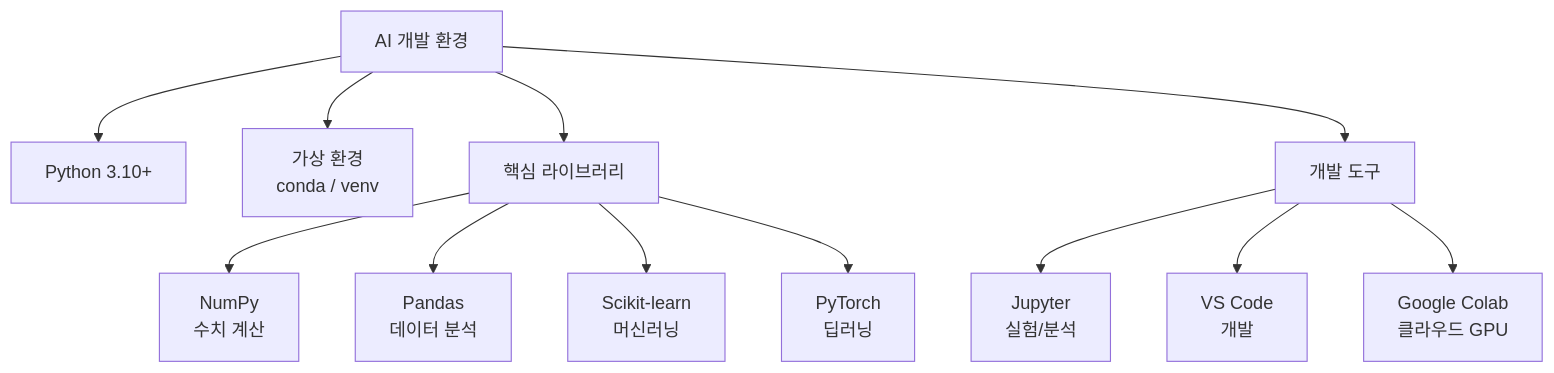
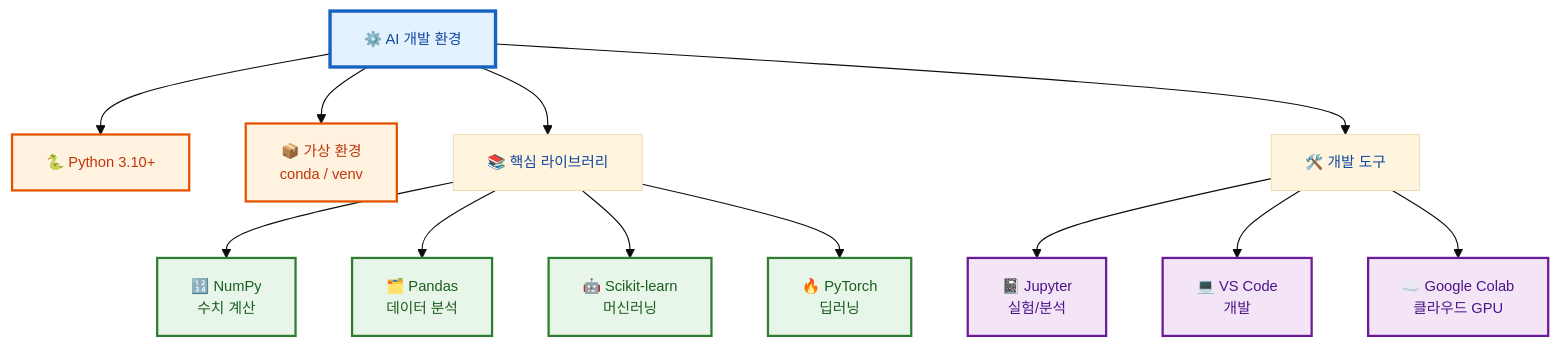
The fourth of 19 diagrams in ai-programming/README.md (jingu279/Document), drawn with Mermaid before and after one commit. The commit also changed other lines of this file, not shown here.

First line of the commit message:
README Mermaid 다이어그램 스타일링 개선

````diff
--- a/ai-programming/README.md
+++ b/ai-programming/README.md
@@ -117,16 +148,33 @@
 ```mermaid
+%%{init: {'theme': 'base', 'themeVariables': {'fontSize': '13px'}}}%%
 flowchart TB
-  Setup["AI 개발 환경"] --> Python["Python 3.10+"]
-  Setup --> Env["가상 환경<br/>conda / venv"]
-  Setup --> Libs["핵심 라이브러리"]
-  Setup --> Editor["개발 도구"]
+  Setup["⚙️ AI 개발 환경"]
+  Python["🐍 Python 3.10+"]
+  Env["📦 가상 환경<br/>conda / venv"]
+  Libs["📚 핵심 라이브러리"]
+  Editor["🛠️ 개발 도구"]
 
-  Libs --> NP["NumPy<br/>수치 계산"]
-  Libs --> PD["Pandas<br/>데이터 분석"]
-  Libs --> SK["Scikit-learn<br/>머신러닝"]
-  Libs --> PT["PyTorch<br/>딥러닝"]
+  Setup --> Python & Env & Libs & Editor
 
-  Editor --> JN["Jupyter<br/>실험/분석"]
-  Editor --> VS["VS Code<br/>개발"]
-  Editor --> GC["Google Colab<br/>클라우드 GPU"]
+  NP["🔢 NumPy<br/>수치 계산"]
+  PD["🗂️ Pandas<br/>데이터 분석"]
+  SK["🤖 Scikit-learn<br/>머신러닝"]
+  PT["🔥 PyTorch<br/>딥러닝"]
+
+  Libs --> NP & PD & SK & PT
+
+  JN["📓 Jupyter<br/>실험/분석"]
+  VS["💻 VS Code<br/>개발"]
+  GC["☁️ Google Colab<br/>클라우드 GPU"]
+
+  Editor --> JN & VS & GC
+
+  classDef root fill:#e3f2fd,stroke:#1565c0,stroke-width:3px,color:#0d47a1
+  classDef cat fill:#fff3e0,stroke:#e65100,stroke-width:2px,color:#bf360c
+  classDef lib fill:#e8f5e9,stroke:#2e7d32,stroke-width:2px,color:#1b5e20
+  classDef tool fill:#f3e5f5,stroke:#6a1b9a,stroke-width:2px,color:#4a148c
+  class Setup root
+  class Python,Env cat
+  class NP,PD,SK,PT lib
+  class JN,VS,GC tool
 ```
````
